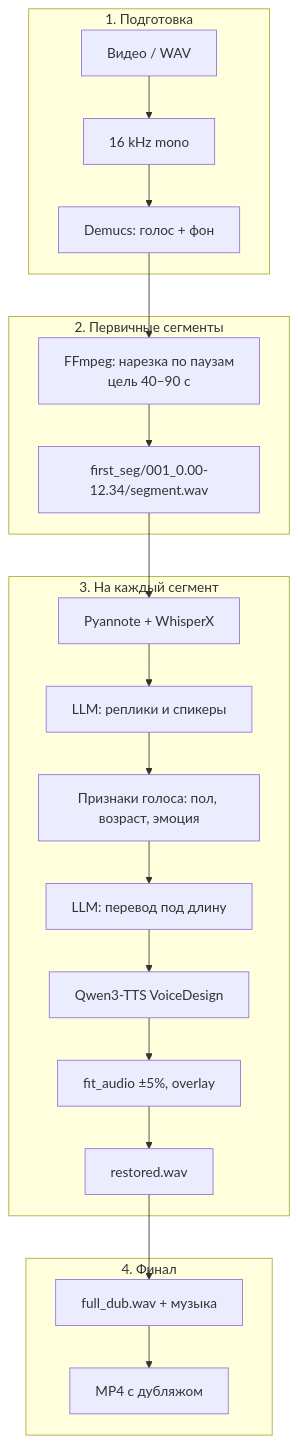
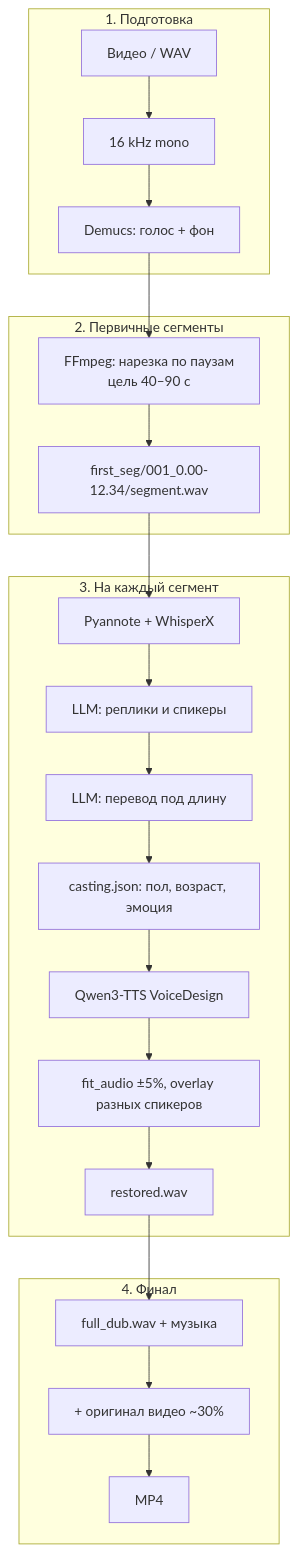
The diagram in README.md (HalooMo/Speech), drawn with Mermaid before and after one commit. The commit also changed other lines of this file and 135 other files, not shown here.

````diff
--- a/README.md
+++ b/README.md
@@ -13,27 +13,28 @@
 ```mermaid
 flowchart TB
   subgraph ingest["1. Подготовка"]
     V[Видео / WAV] --> A[16 kHz mono]
     A --> D[Demucs: голос + фон]
   end
 
   subgraph primary["2. Первичные сегменты"]
     D --> P[FFmpeg: нарезка по паузам<br/>цель 40–90 с]
     P --> F["first_seg/001_0.00-12.34/segment.wav"]
   end
 
   subgraph secondary["3. На каждый сегмент"]
     F --> WX[Pyannote + WhisperX]
     WX --> LLM1[LLM: реплики и спикеры]
-    LLM1 --> VP[Признаки голоса: пол, возраст, эмоция]
-    VP --> LLM2[LLM: перевод под длину]
-    LLM2 --> TTS[Qwen3-TTS VoiceDesign]
-    TTS --> FIT[fit_audio ±5%, overlay]
+    LLM1 --> LLM2[LLM: перевод под длину]
+    LLM2 --> VP[casting.json: пол, возраст, эмоция]
+    VP --> TTS[Qwen3-TTS VoiceDesign]
+    TTS --> FIT[fit_audio ±5%, overlay разных спикеров]
     FIT --> R[restored.wav]
   end
 
   subgraph final["4. Финал"]
     R --> FULL[full_dub.wav + музыка]
-    FULL --> MUX[MP4 с дубляжом]
+    FULL --> MIX[+ оригинал видео ~30%]
+    MIX --> MUX[MP4]
   end
 ```
````
